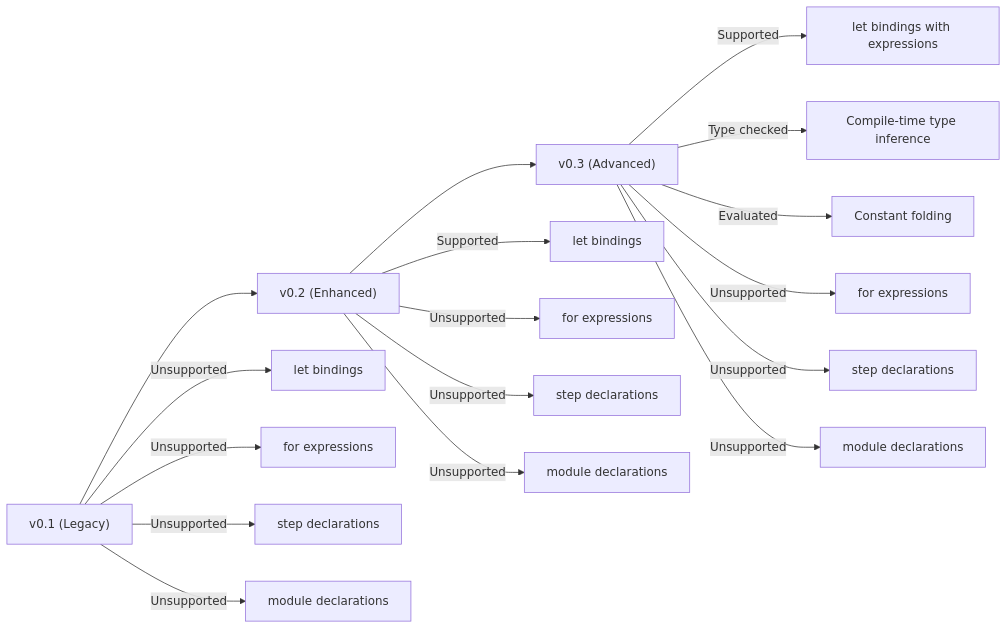
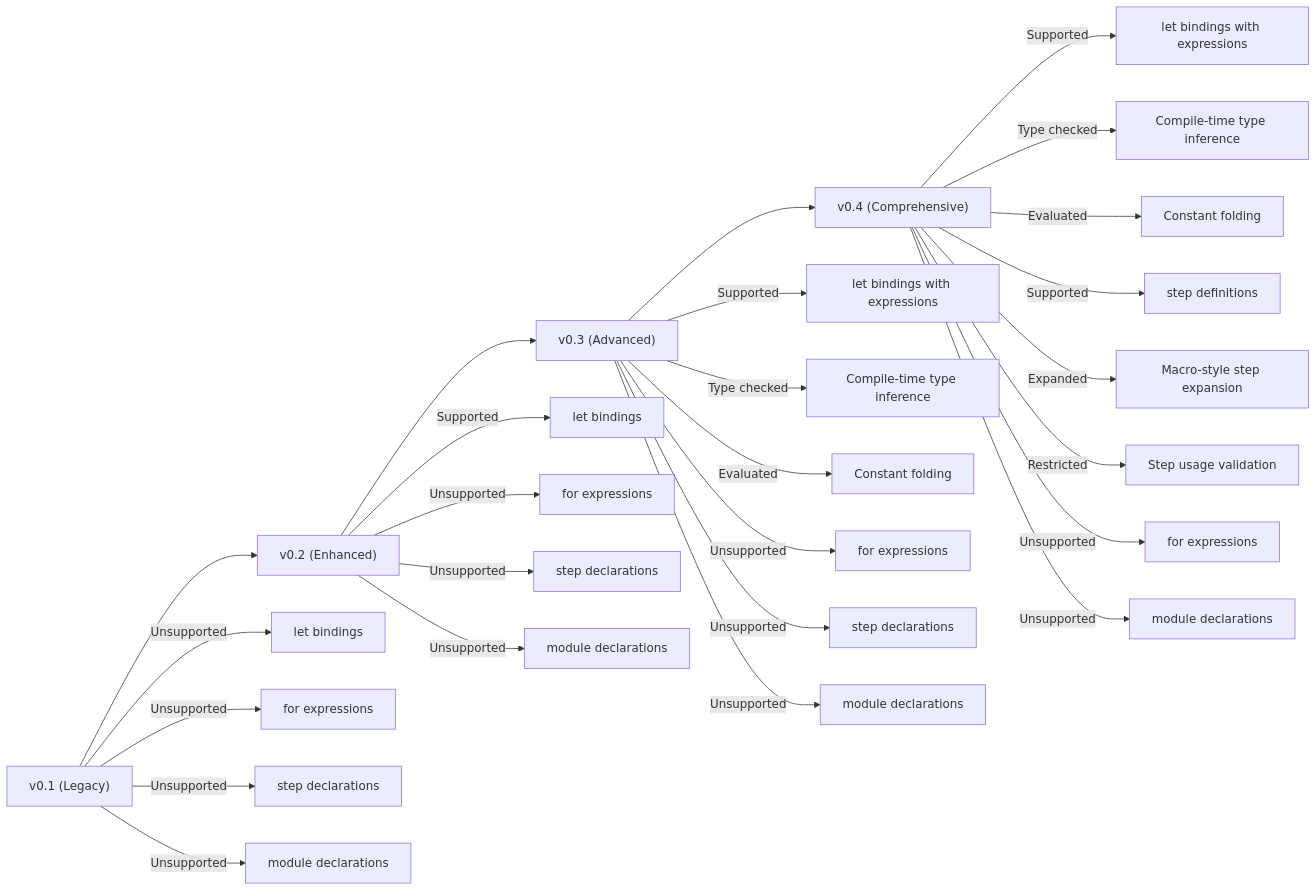
Before and after one commit to ahmednour1430464/dotdevops: diagram 12 of 14 in .qoder/repowiki/en/content/.devops Language Reference/Compilation Pipeline.md, drawn with Mermaid. The commit also changed other lines of this file and 3 other files, not shown here.

````diff
--- a/.qoder/repowiki/en/content/.devops Language Reference/Compilation Pipeline.md
+++ b/.qoder/repowiki/en/content/.devops Language Reference/Compilation Pipeline.md
@@ -646,19 +778,28 @@
 ```mermaid
 flowchart LR
 V1["v0.1 (Legacy)"] --> V2["v0.2 (Enhanced)"]
 V2 --> V3["v0.3 (Advanced)"]
+V3 --> V4["v0.4 (Comprehensive)"]
 V1 --> |"Unsupported"| L1["let bindings"]
 V1 --> |"Unsupported"| C1["for expressions"]
 V1 --> |"Unsupported"| S1["step declarations"]
 V1 --> |"Unsupported"| M1["module declarations"]
 V2 --> |"Supported"| L2["let bindings"]
 V2 --> |"Unsupported"| C2["for expressions"]
 V2 --> |"Unsupported"| S2["step declarations"]
 V2 --> |"Unsupported"| M2["module declarations"]
 V3 --> |"Supported"| L3["let bindings with expressions"]
 V3 --> |"Type checked"| T3["Compile-time type inference"]
 V3 --> |"Evaluated"| E3["Constant folding"]
 V3 --> |"Unsupported"| C3["for expressions"]
 V3 --> |"Unsupported"| S3["step declarations"]
 V3 --> |"Unsupported"| M3["module declarations"]
+V4 --> |"Supported"| L4["let bindings with expressions"]
+V4 --> |"Type checked"| T4["Compile-time type inference"]
+V4 --> |"Evaluated"| E4["Constant folding"]
+V4 --> |"Supported"| S4["step definitions"]
+V4 --> |"Expanded"| X4["Macro-style step expansion"]
+V4 --> |"Restricted"| R4["Step usage validation"]
+V4 --> |"Unsupported"| C4["for expressions"]
+V4 --> |"Unsupported"| M4["module declarations"]
 ```
````
